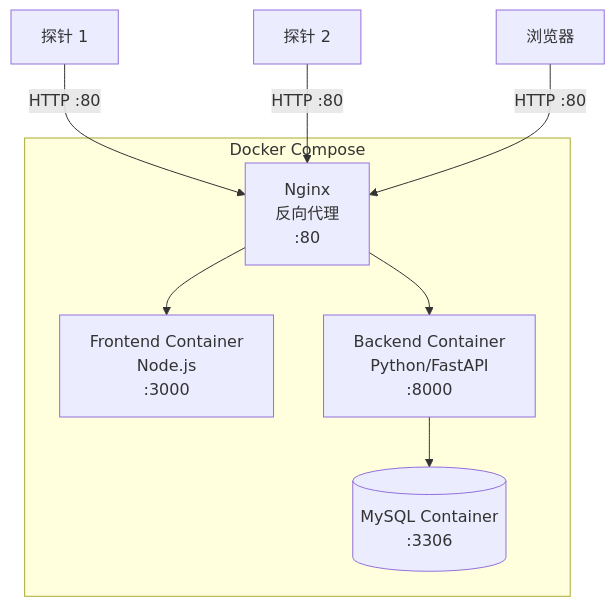
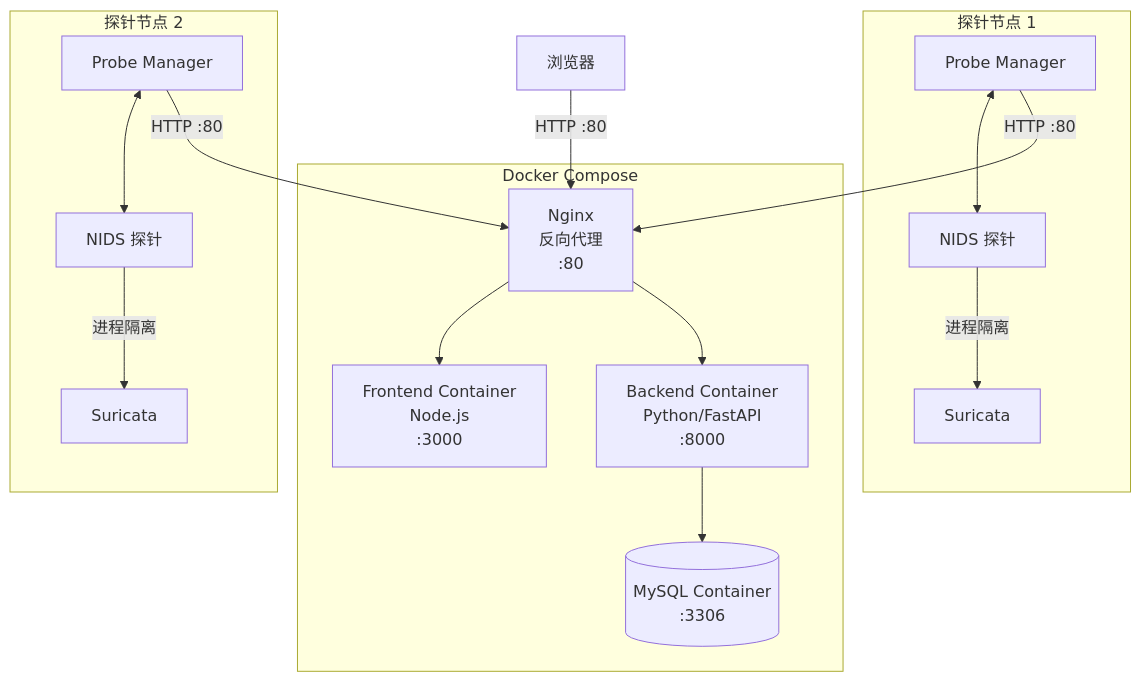
Before and after one commit to chenlehua/ai-idps: the seventh of 13 diagrams in specs/0001-spec.md, drawn with Mermaid. The commit also changed other lines of this file, not shown here.

Commit message:
feat: optimize architecture

````diff
--- a/specs/0001-spec.md
+++ b/specs/0001-spec.md
@@ -237,17 +459,33 @@
 ```mermaid
 graph TB
     subgraph Docker Compose
         nginx[Nginx<br/>反向代理<br/>:80]
         frontend[Frontend Container<br/>Node.js<br/>:3000]
         backend[Backend Container<br/>Python/FastAPI<br/>:8000]
         mysql[(MySQL Container<br/>:3306)]
 
         nginx --> frontend
         nginx --> backend
         backend --> mysql
     end
 
-    Probe1[探针 1] -->|HTTP :80| nginx
-    Probe2[探针 2] -->|HTTP :80| nginx
+    subgraph ProbeNode1["探针节点 1"]
+        PM1[Probe Manager]
+        NIDS1[NIDS 探针]
+        SR1[Suricata]
+        PM1 <--> NIDS1
+        NIDS1 -->|进程隔离| SR1
+    end
+
+    subgraph ProbeNode2["探针节点 2"]
+        PM2[Probe Manager]
+        NIDS2[NIDS 探针]
+        SR2[Suricata]
+        PM2 <--> NIDS2
+        NIDS2 -->|进程隔离| SR2
+    end
+
+    PM1 -->|HTTP :80| nginx
+    PM2 -->|HTTP :80| nginx
     Browser[浏览器] -->|HTTP :80| nginx
 ```
````
